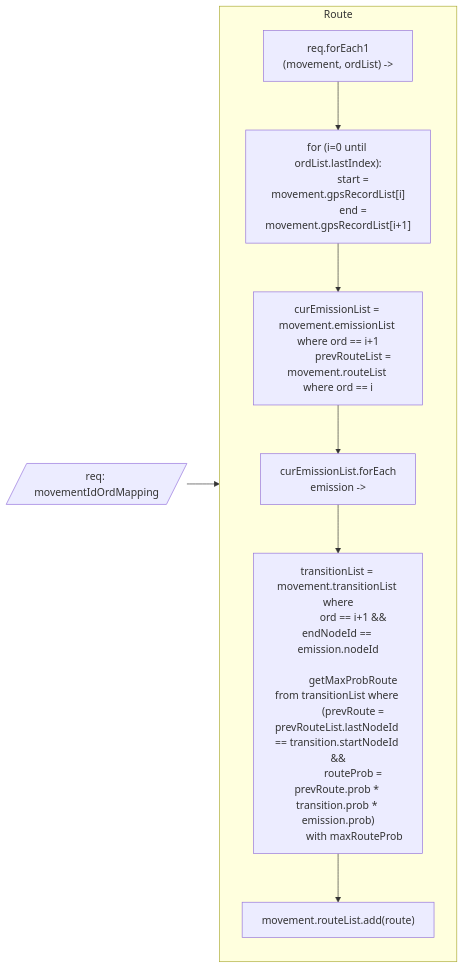
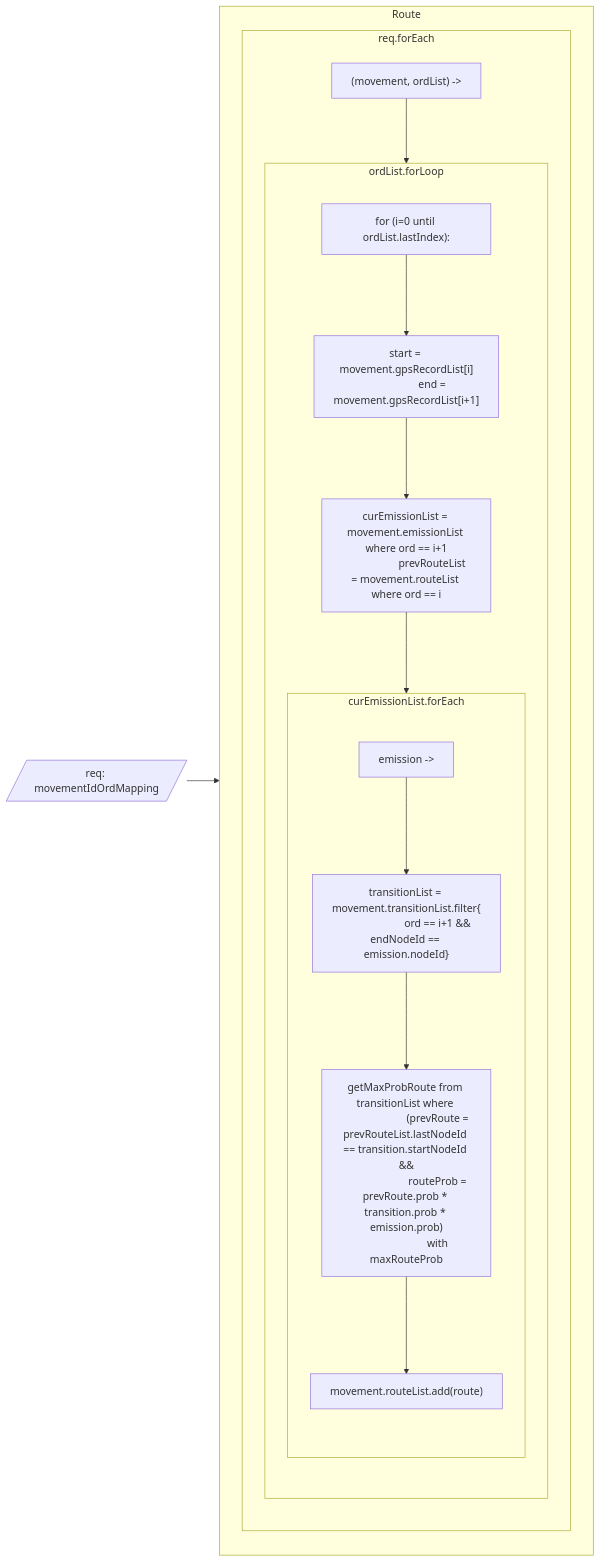
One commit to tw-yoo/appmeter-revising-flowchart changed the diagram in 5_route.mmd. Above: the diagram before and after it, drawn with Mermaid. The commit also changed 3 other files, not shown here.

Commit message:
1차 flowchart 완료

```diff
--- a/5_route.mmd
+++ b/5_route.mmd
@@ -1,47 +1,48 @@
 flowchart LR
     Input[/req: movementIdOrdMapping/]
     subgraph Route
-        GpsRecordListForEach["
-            req.forEach1
-            (movement, ordList) ->
-	    "]
+        subgraph req.forEach
+            direction TB
+            itReq["(movement, ordList) ->"]
 
-        OrdListForLoop["
-            for (i=0 until ordList.lastIndex):
-            start = movement.gpsRecordList[i]
-            end = movement.gpsRecordList[i+1]
-        "]
+            subgraph ordList.forLoop
+                direction TB
+                forCondition["for (i=0 until ordList.lastIndex):"]
+                startEnd["
+                    start = movement.gpsRecordList[i]
+                    end = movement.gpsRecordList[i+1]
+                "]
 
-        GetPrevAndCurRouteList["
-            curEmissionList = movement.emissionList where ord == i+1
-            prevRouteList = movement.routeList where ord == i
-        "]
+                emissionRoute["
+                    curEmissionList = movement.emissionList where ord == i+1
+                    prevRouteList = movement.routeList where ord == i
+                "]
 
-        EmissionListForEach["
-            curEmissionList.forEach
-            emission -> 
-        "]
+                subgraph curEmissionList.forEach
+                    direction TB
+                    itEmission["emission ->"]
+                    GetTransitionList["
+                        transitionList = movement.transitionList.filter{
+                        ord == i+1 && endNodeId == emission.nodeId}
+                    "]
 
-        GetMaxProbRoute["
-            transitionList = movement.transitionList where
-            ord == i+1 && endNodeId == emission.nodeId
+                    GetMaxProbRoute["
+                        getMaxProbRoute from transitionList where 
+                        (prevRoute = prevRouteList.lastNodeId == transition.startNodeId &&
+                        routeProb = prevRoute.prob * transition.prob * emission.prob)
+                        with maxRouteProb
+                    "]
 
-            getMaxProbRoute from transitionList where 
-            (prevRoute = prevRouteList.lastNodeId == transition.startNodeId &&
-            routeProb = prevRoute.prob * transition.prob * emission.prob)
-            with maxRouteProb
-            
-        "]
+                    AddRoute["movement.routeList.add(route)"]
 
-        AddRoute["
-            movement.routeList.add(route)
-        "]
+                    itEmission --> GetTransitionList --> GetMaxProbRoute --> AddRoute
+                end
 
+                forCondition --> startEnd --> emissionRoute --> curEmissionList.forEach
 
-
-        GpsRecordListForEach --> OrdListForLoop --> GetPrevAndCurRouteList 
-        GetPrevAndCurRouteList --> EmissionListForEach --> GetMaxProbRoute
-        GetMaxProbRoute --> AddRoute
+            end
+            itReq --> ordList.forLoop
+        end
     end
 
 Input --> Route
```
